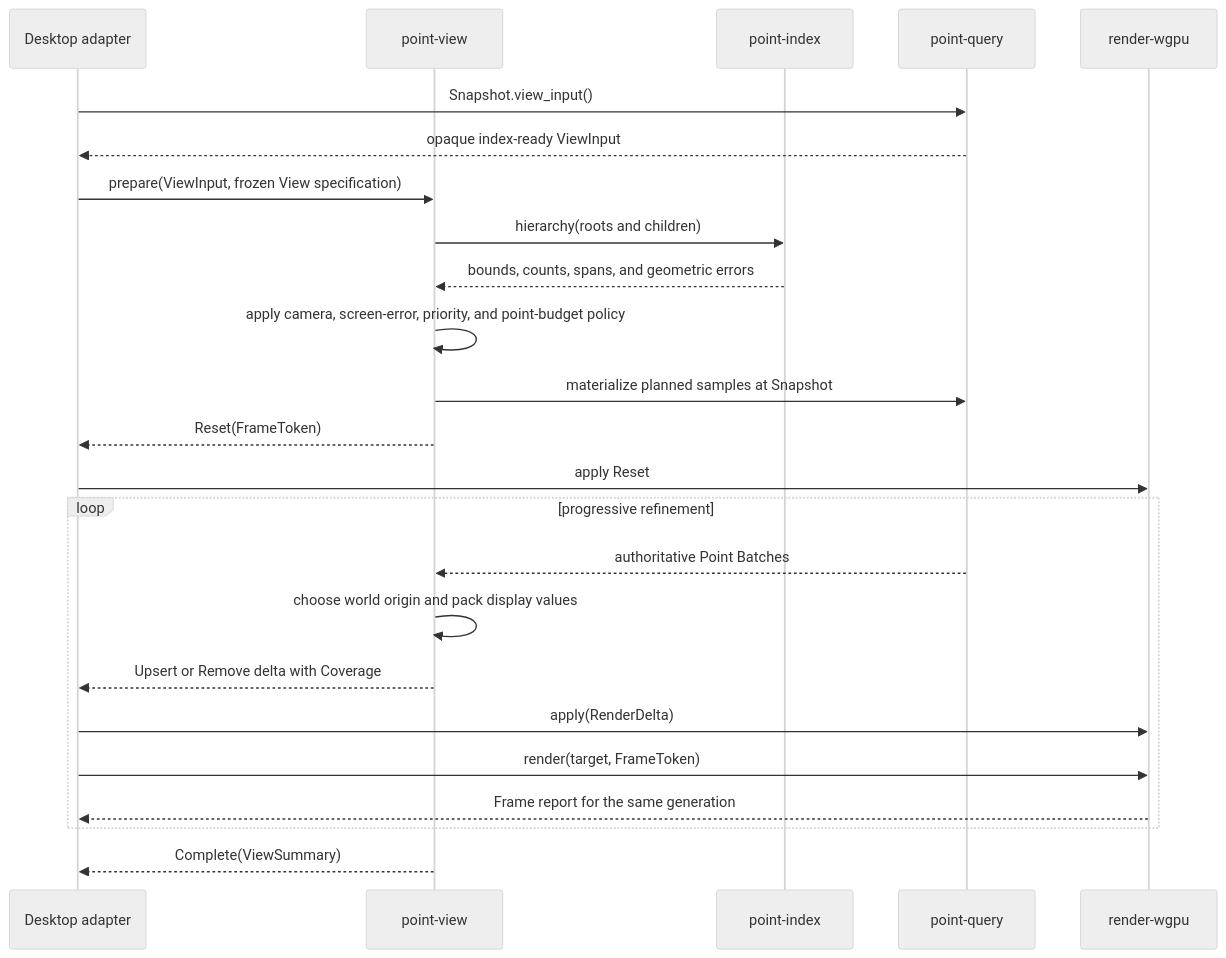
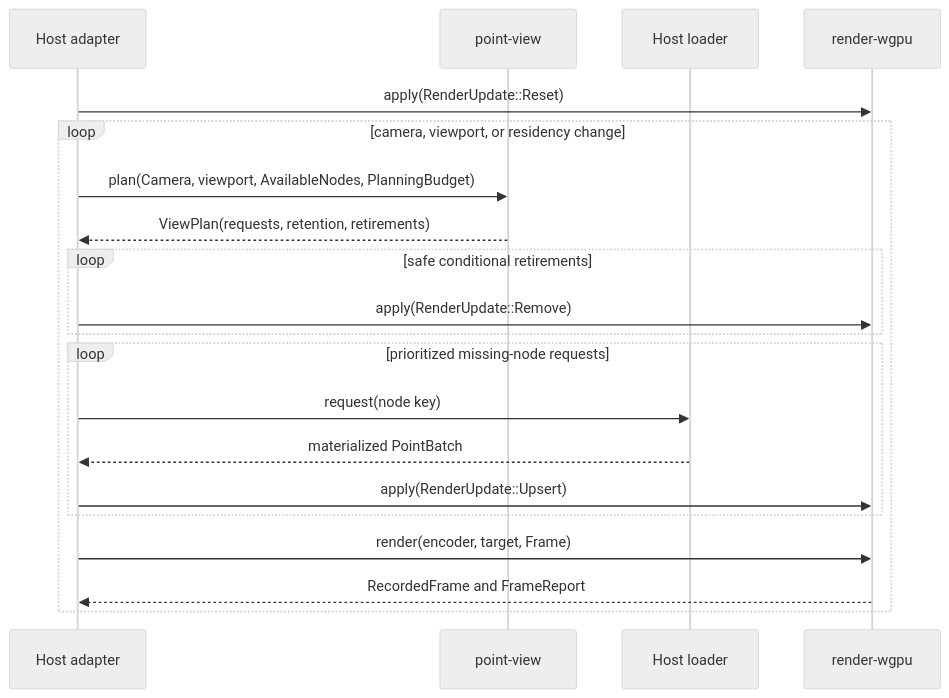
The fourth of 8 diagrams in docs/architecture/workflows.md (xxibcill/punctra), drawn with Mermaid (neutral theme) before and after one commit. The commit also changed other lines of this file and 29 other files, not shown here.

Commit message:
Add adaptive View planning

```diff
--- a/docs/architecture/workflows.md
+++ b/docs/architecture/workflows.md
@@ -136,29 +140,27 @@
 ~~~mermaid
 sequenceDiagram
-    participant DESK as Desktop adapter
+    participant HOST as Host adapter
     participant VIEW as point-view
-    participant IDX as point-index
-    participant QRY as point-query
+    participant LOAD as Host loader
     participant GPU as render-wgpu
 
-    DESK->>QRY: Snapshot.view_input()
-    QRY-->>DESK: opaque index-ready ViewInput
-    DESK->>VIEW: prepare(ViewInput, frozen View specification)
-    VIEW->>IDX: hierarchy(roots and children)
-    IDX-->>VIEW: bounds, counts, spans, and geometric errors
-    VIEW->>VIEW: apply camera, screen-error, priority, and point-budget policy
-    VIEW->>QRY: materialize planned samples at Snapshot
-    VIEW-->>DESK: Reset(FrameToken)
-    DESK->>GPU: apply Reset
+    HOST->>GPU: apply(RenderUpdate::Reset)
 
-    loop progressive refinement
-        QRY-->>VIEW: authoritative Point Batches
-        VIEW->>VIEW: choose world origin and pack display values
-        VIEW-->>DESK: Upsert or Remove delta with Coverage
-        DESK->>GPU: apply(RenderDelta)
-        DESK->>GPU: render(target, FrameToken)
-        GPU-->>DESK: Frame report for the same generation
+    loop camera, viewport, or residency change
+        HOST->>VIEW: plan(Camera, viewport, AvailableNodes, PlanningBudget)
+        VIEW-->>HOST: ViewPlan(requests, retention, retirements)
+
+        loop safe conditional retirements
+            HOST->>GPU: apply(RenderUpdate::Remove)
+        end
+
+        loop prioritized missing-node requests
+            HOST->>LOAD: request(node key)
+            LOAD-->>HOST: materialized PointBatch
+            HOST->>GPU: apply(RenderUpdate::Upsert)
+        end
+
+        HOST->>GPU: render(encoder, target, Frame)
+        GPU-->>HOST: RecordedFrame and FrameReport
     end
-
-    VIEW-->>DESK: Complete(ViewSummary)
 ~~~
```
